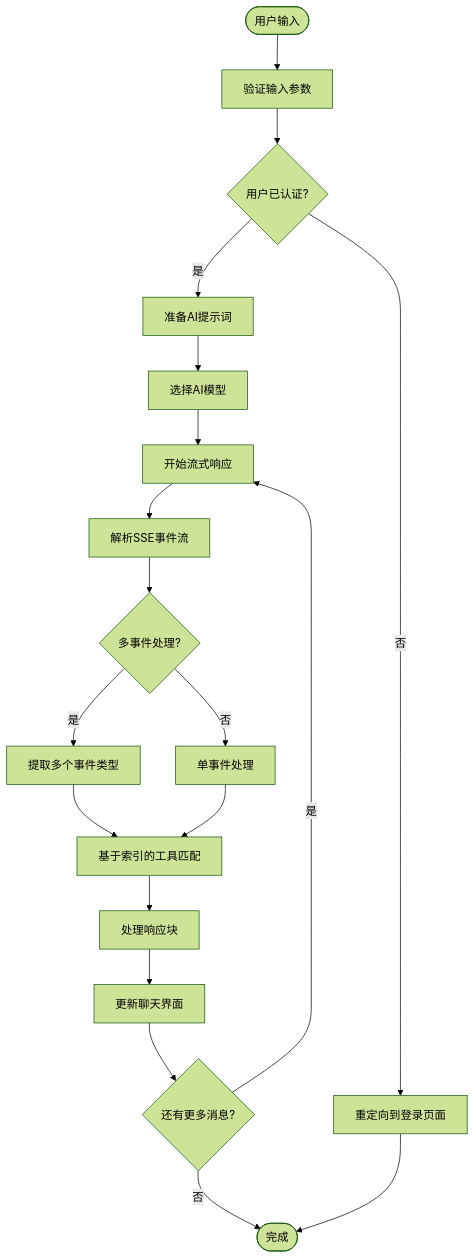
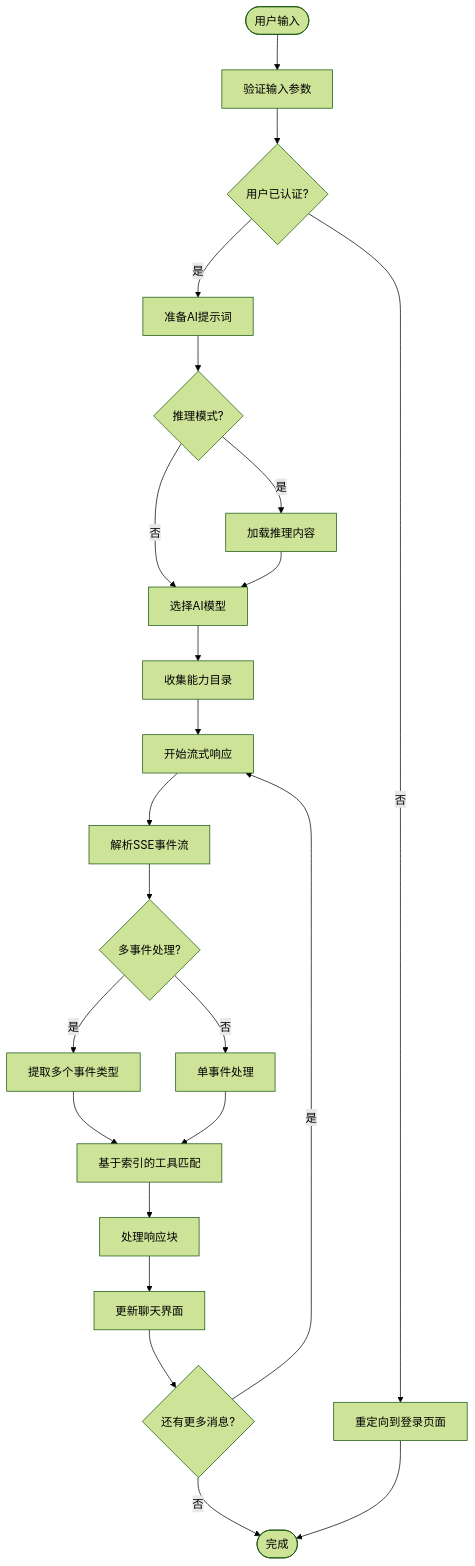
The fifth of 12 diagrams in .qoder/repowiki/zh/content/功能模块/AI插件/AI基础架构系统/AI聊天客户端系统.md (LRF0422/Kotion), drawn with Mermaid (forest theme) before and after one commit. The commit also changed other lines of this file and 22 other files, not shown here.

````diff
--- a/.qoder/repowiki/zh/content/功能模块/AI插件/AI基础架构系统/AI聊天客户端系统.md
+++ b/.qoder/repowiki/zh/content/功能模块/AI插件/AI基础架构系统/AI聊天客户端系统.md
@@ -272,21 +326,25 @@
 ```mermaid
 flowchart TD
 Start([用户输入]) --> ValidateInput["验证输入参数"]
 ValidateInput --> CheckAuth{"用户已认证?"}
 CheckAuth --> |否| RedirectLogin["重定向到登录页面"]
 CheckAuth --> |是| PreparePrompt["准备AI提示词"]
-PreparePrompt --> SelectModel["选择AI模型"]
-SelectModel --> StreamResponse["开始流式响应"]
+PreparePrompt --> CheckReasoning{"推理模式?"}
+CheckReasoning --> |是| LoadReasoningContent["加载推理内容"]
+CheckReasoning --> |否| SelectModel["选择AI模型"]
+LoadReasoningContent --> SelectModel
+SelectModel --> CollectCatalog["收集能力目录"]
+CollectCatalog --> StreamResponse["开始流式响应"]
 StreamResponse --> ParseSSE["解析SSE事件流"]
 ParseSSE --> MultiEvent{"多事件处理?"}
 MultiEvent --> |是| ExtractEvents["提取多个事件类型"]
 MultiEvent --> |否| SingleEvent["单事件处理"]
 ExtractEvents --> ToolMatch["基于索引的工具匹配"]
 SingleEvent --> ToolMatch
 ToolMatch --> ProcessChunk["处理响应块"]
 ProcessChunk --> UpdateUI["更新聊天界面"]
 UpdateUI --> MoreMessages{"还有更多消息?"}
 MoreMessages --> |是| StreamResponse
 MoreMessages --> |否| End([完成])
 RedirectLogin --> End
 ```
````
